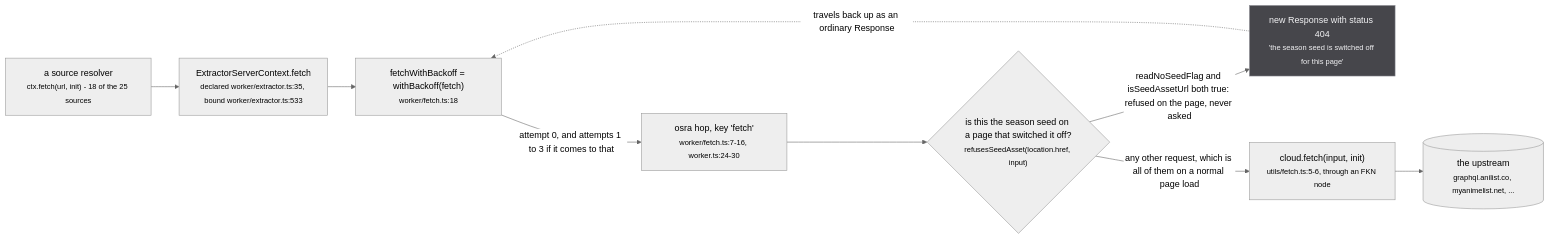
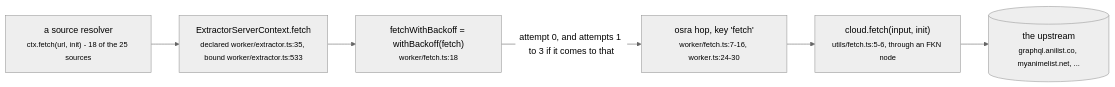
One commit to banou26/stub changed the second of 2 diagrams in docs/src/content/docs/tldr/ask.md. Above: the diagram before and after it, drawn with Mermaid (neutral theme). The commit also changed other lines of this file and 68 other files, not shown here.

Commit message:
chore: 🔥retire the season seed job and everything only it used

````diff
--- a/docs/src/content/docs/tldr/ask.md
+++ b/docs/src/content/docs/tldr/ask.md
@@ -86,26 +86,15 @@
 ```mermaid
 flowchart LR
   SRC["a source resolver<br/><small>ctx.fetch(url, init) - 18 of the 25 sources</small>"]
   CTX["ExtractorServerContext.fetch<br/><small>declared worker/extractor.ts:35, bound worker/extractor.ts:533</small>"]
   WB["fetchWithBackoff = withBackoff(fetch)<br/><small>worker/fetch.ts:18</small>"]
   OSRA["osra hop, key 'fetch'<br/><small>worker/fetch.ts:7-16, worker.ts:24-30</small>"]
-  GATE{"is this the season seed on a page that switched it off?<br/><small>refusesSeedAsset(location.href, input)</small>"}
-  R404["new Response with status 404<br/><small>'the season seed is switched off for this page'</small>"]
   CLOUD["cloud.fetch(input, init)<br/><small>utils/fetch.ts:5-6, through an FKN node</small>"]
   NET[("the upstream<br/><small>graphql.anilist.co, myanimelist.net, ...</small>")]
 
   SRC --> CTX
   CTX --> WB
   WB -->|"attempt 0, and attempts 1 to 3 if it comes to that"| OSRA
-  OSRA --> GATE
-  GATE -->|"readNoSeedFlag and isSeedAssetUrl both true: refused on the page, never asked"| R404
-  GATE -->|"any other request, which is all of them on a normal page load"| CLOUD
+  OSRA --> CLOUD
   CLOUD --> NET
-  R404 -. travels back up as an ordinary Response .-> WB
-
-  classDef irrev fill:#b03f33,stroke:#e0796f,color:#ffffff
-  classDef ratchet fill:#8f5a0e,stroke:#f2b45c,color:#ffffff
-  classDef view fill:#4572b5,stroke:#8db0de,color:#ffffff
-  classDef refuse fill:#46464b,stroke:#8b8c93,color:#f2f2f4
-  class R404 refuse
 ```
````
